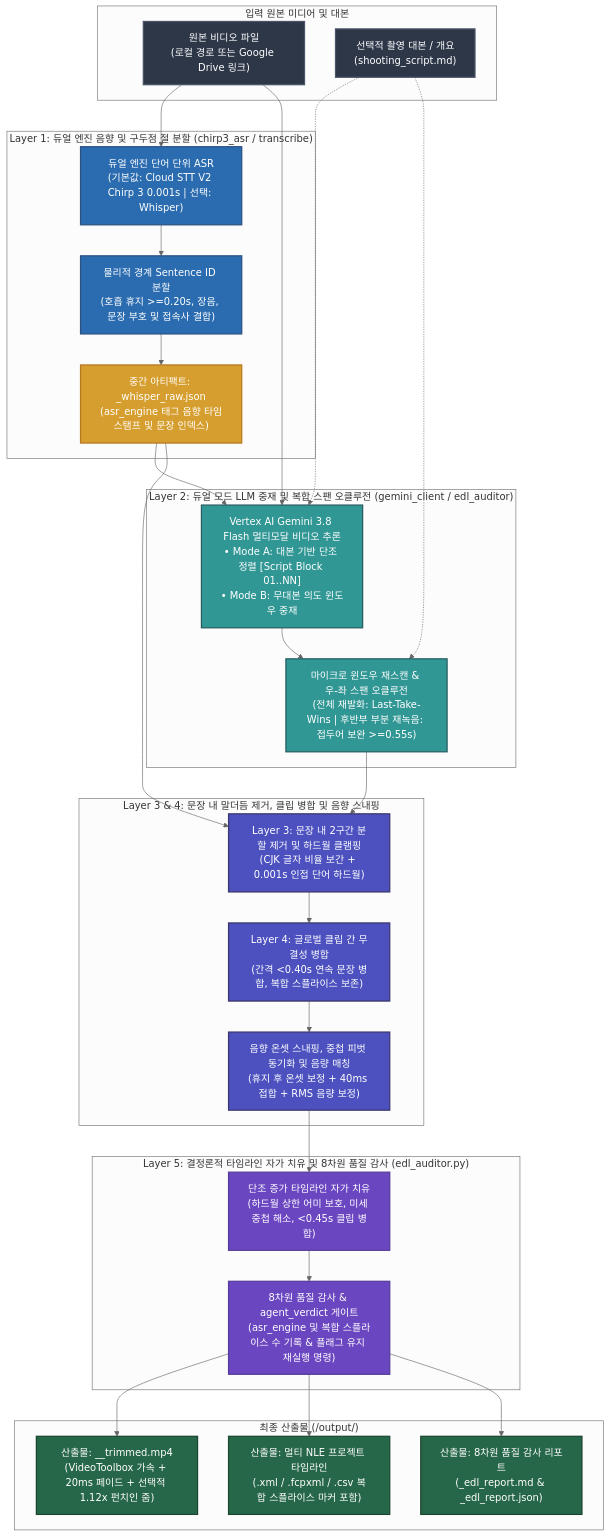
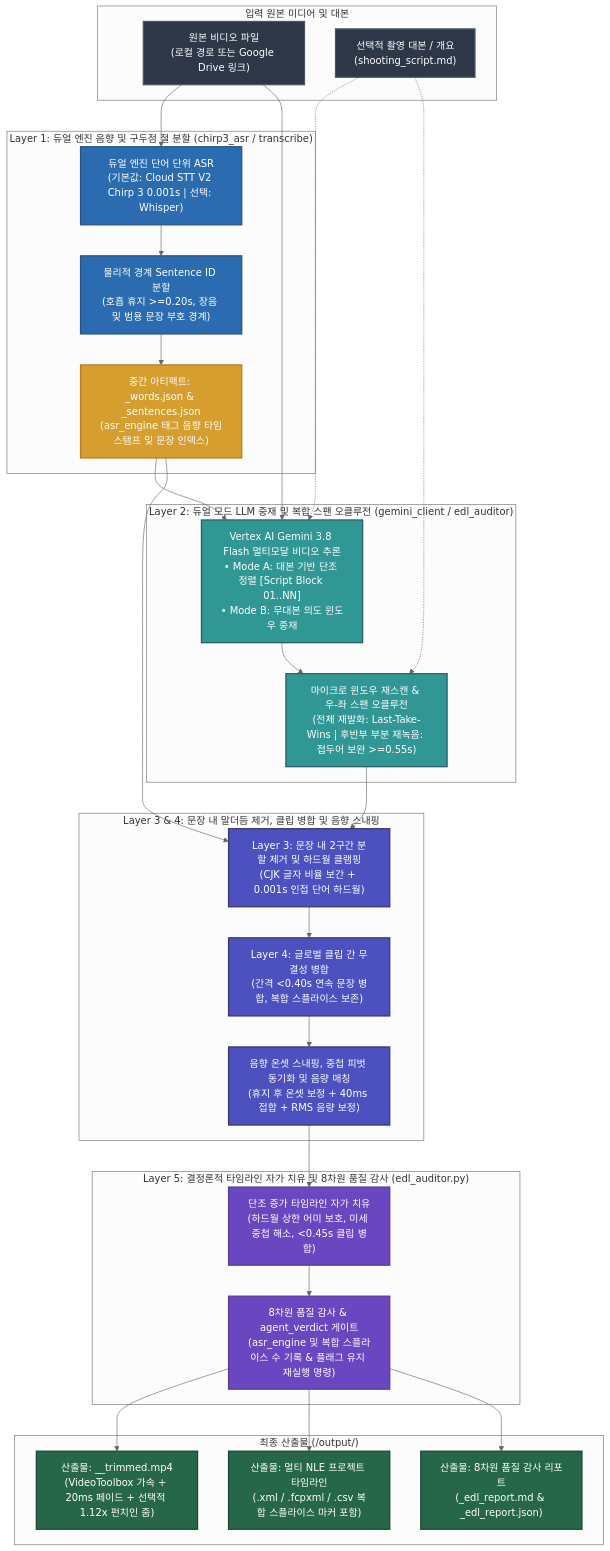
The diagram in README.ko.md (sylphlin/video-trimmer), drawn with Mermaid (neutral theme) before and after one commit. The commit also changed 17 other files, not shown here.

First line of the commit message:
feat: enforce first-pass EDL convergence, physical clause splitting, and engine-neutral ASR naming

````diff
--- a/README.ko.md
+++ b/README.ko.md
@@ -20,59 +20,59 @@
 ```mermaid
 flowchart TD
     classDef inputStyle fill:#2D3748,stroke:#4A5568,stroke-width:2px,color:#fff;
     classDef stage1Style fill:#2B6CB0,stroke:#2C5282,stroke-width:2px,color:#fff;
     classDef stage2Style fill:#319795,stroke:#285E61,stroke-width:2px,color:#fff;
     classDef stage3Style fill:#4C51BF,stroke:#3C366B,stroke-width:2px,color:#fff;
     classDef stage4Style fill:#6B46C1,stroke:#553C9A,stroke-width:2px,color:#fff;
     classDef artifactStyle fill:#D69E2E,stroke:#B7791F,stroke-width:2px,color:#fff;
     classDef outputStyle fill:#276749,stroke:#1C4532,stroke-width:2px,color:#fff;
 
     subgraph Inputs["입력 원본 미디어 및 대본"]
         IN["원본 비디오 파일<br/>(로컬 경로 또는 Google Drive 링크)"]:::inputStyle
         SC["선택적 촬영 대본 / 개요<br/>(shooting_script.md)"]:::inputStyle
     end
 
     subgraph L1["Layer 1: 듀얼 엔진 음향 및 구두점 절 분할 (chirp3_asr / transcribe)"]
         W_ASR["듀얼 엔진 단어 단위 ASR<br/>(기본값: Cloud STT V2 Chirp 3 0.001s | 선택: Whisper)"]:::stage1Style
-        S_SEG["물리적 경계 Sentence ID 분할<br/>(호흡 휴지 >=0.20s, 장음, 문장 부호 및 접속사 결합)"]:::stage1Style
-        W_JSON["중간 아티팩트: <basename>_whisper_raw.json<br/>(asr_engine 태그 음향 타임스탬프 및 문장 인덱스)"]:::artifactStyle
+        S_SEG["물리적 경계 Sentence ID 분할<br/>(호흡 휴지 >=0.20s, 장음 및 범용 문장 부호 경계)"]:::stage1Style
+        W_JSON["중간 아티팩트: <basename>_words.json & _sentences.json<br/>(asr_engine 태그 음향 타임스탬프 및 문장 인덱스)"]:::artifactStyle
         W_ASR --> S_SEG --> W_JSON
     end
 
     subgraph L2["Layer 2: 듀얼 모드 LLM 중재 및 복합 스팬 오클루전 (gemini_client / edl_auditor)"]
         MODE["Vertex AI Gemini 3.8 Flash 멀티모달 비디오 추론<br/>• Mode A: 대본 기반 단조 정렬 [Script Block 01..NN]<br/>• Mode B: 무대본 의도 윈도우 중재"]:::stage2Style
         REPAIR["마이크로 윈도우 재스캔 & 우-좌 스팬 오클루전<br/>(전체 재발화: Last-Take-Wins | 후반부 부분 재녹음: 접두어 보완 >=0.55s)"]:::stage2Style
         MODE --> REPAIR
     end
 
     subgraph L3_L4["Layer 3 & 4: 문장 내 말더듬 제거, 클립 병합 및 음향 스내핑"]
         L3["Layer 3: 문장 내 2구간 분할 제거 및 하드월 클램핑<br/>(CJK 글자 비율 보간 + 0.001s 인접 단어 하드월)"]:::stage3Style
         L4["Layer 4: 글로벌 클립 간 무결성 병합<br/>(간격 <0.40s 연속 문장 병합, 복합 스플라이스 보존)"]:::stage3Style
         AC["음향 온셋 스내핑, 중첩 피벗 동기화 및 음량 매칭<br/>(휴지 후 온셋 보정 + 40ms 접합 + RMS 음량 보정)"]:::stage3Style
         L3 --> L4 --> AC
     end
 
     subgraph L5["Layer 5: 결정론적 타임라인 자가 치유 및 8차원 품질 감사 (edl_auditor.py)"]
         SAN["단조 증가 타임라인 자가 치유<br/>(하드월 상한 어미 보호, 미세 중첩 해소, <0.45s 클립 병합)"]:::stage4Style
         AUD["8차원 품질 감사 & agent_verdict 게이트<br/>(asr_engine 및 복합 스플라이스 수 기록 & 플래그 유지 재실행 명령)"]:::stage4Style
         SAN --> AUD
     end
 
     subgraph Deliverables["최종 산출물 (<input_dir>/output/)"]
         OUT_MP4["산출물: <basename>_<tag>_trimmed.mp4<br/>(VideoToolbox 가속 + 20ms 페이드 + 선택적 1.12x 펀치인 줌)"]:::outputStyle
         OUT_NLE["산출물: 멀티 NLE 프로젝트 타임라인<br/>(.xml / .fcpxml / .csv 복합 스플라이스 마커 포함)"]:::outputStyle
         OUT_REP["산출물: 8차원 품질 감사 리포트<br/>(_edl_report.md & _edl_report.json)"]:::outputStyle
     end
 
     IN --> W_ASR
     IN --> MODE
     SC -.-> MODE
     W_JSON --> MODE
     SC -.-> REPAIR
     REPAIR --> L3
     W_JSON --> L3
     AC --> SAN
     AUD --> OUT_MP4
     AUD --> OUT_NLE
     AUD --> OUT_REP
 ```
````
